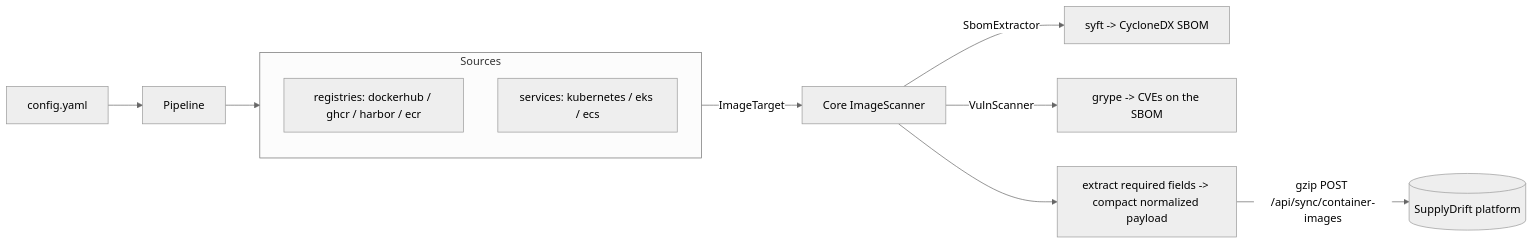
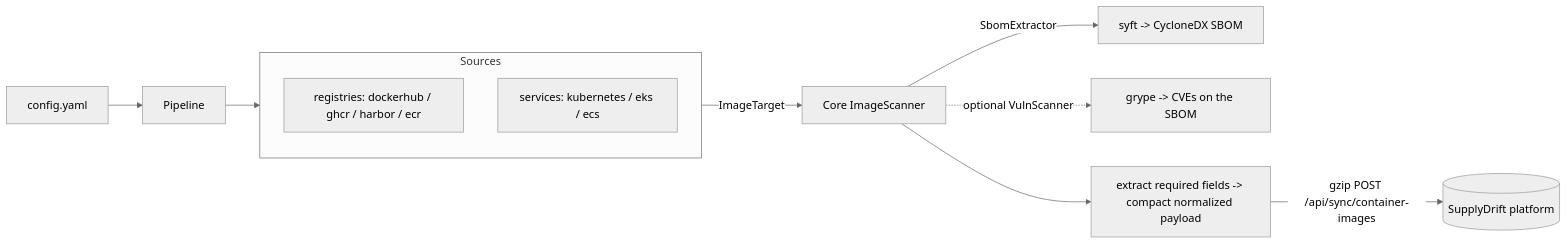
The diagram in image-scanner/README.md (suchithnarayan/SupplyDrift), drawn with Mermaid (neutral theme) before and after one commit. The commit also changed other lines of this file and 17 other files, not shown here.

````diff
--- a/image-scanner/README.md
+++ b/image-scanner/README.md
@@ -22,14 +25,14 @@
 ```mermaid
 flowchart LR
   cfg[config.yaml] --> pipe[Pipeline]
   pipe --> inv[Sources]
   subgraph inv [Sources]
     regs[registries: dockerhub / ghcr / harbor / ecr]
     runs[services: kubernetes / eks / ecs]
   end
   inv -->|ImageTarget| core[Core ImageScanner]
   core -->|SbomExtractor| syft[syft -> CycloneDX SBOM]
-  core -->|VulnScanner| grype[grype -> CVEs on the SBOM]
+  core -.->|optional VulnScanner| grype[grype -> CVEs on the SBOM]
   core --> wrap[extract required fields -> compact normalized payload]
   wrap -->|"gzip POST /api/sync/container-images"| platform[(SupplyDrift platform)]
 ```
````
